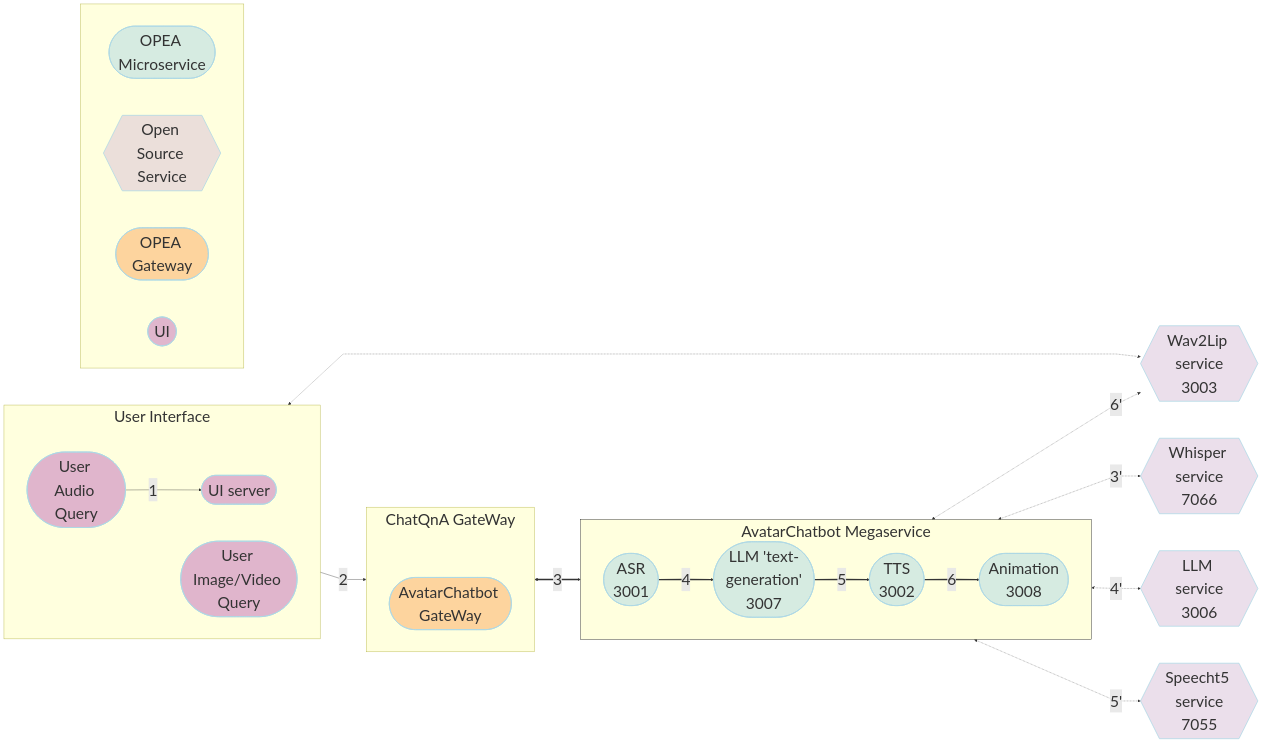
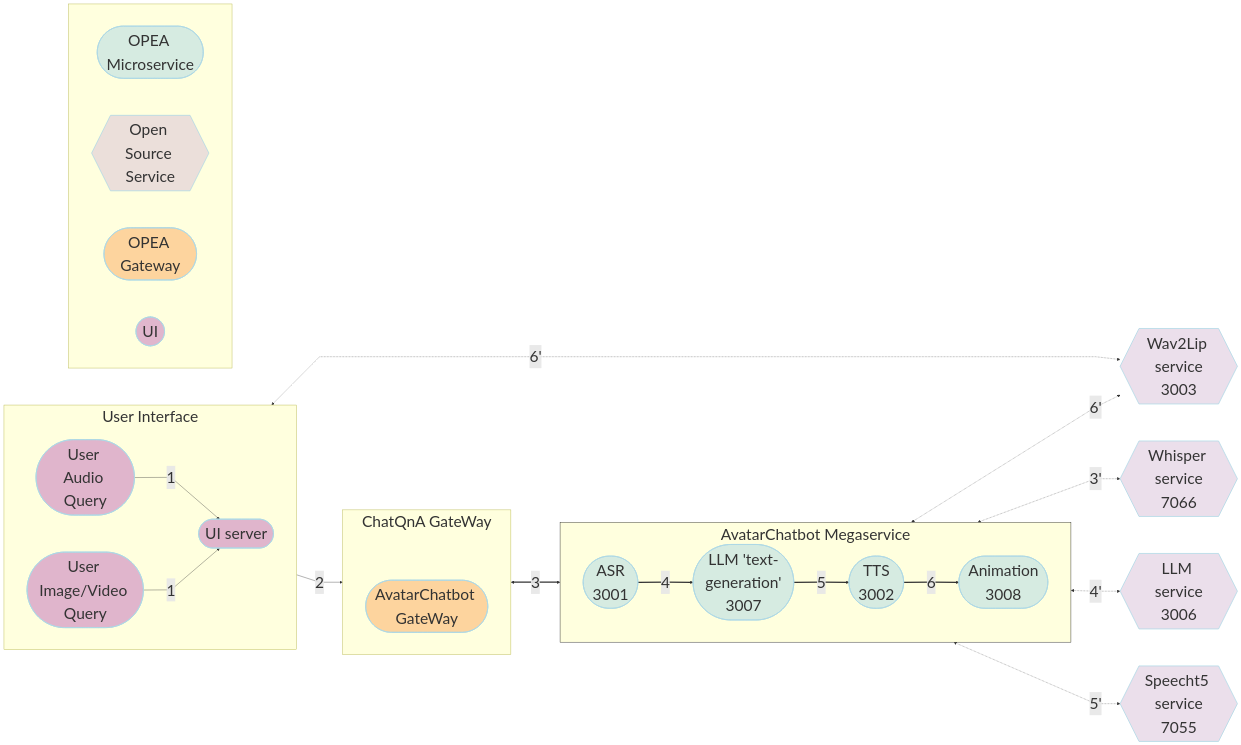
Before and after one commit to opea-project/docs: the second of 2 diagrams in community/rfcs/24-08-02-OPEA-AIAvatarChatbot.md, drawn with Mermaid.

````diff
--- a/community/rfcs/24-08-02-OPEA-AIAvatarChatbot.md
+++ b/community/rfcs/24-08-02-OPEA-AIAvatarChatbot.md
@@ -109,68 +109,69 @@
 ```mermaid
 ---
 config:
   flowchart:
     nodeSpacing: 100
     rankSpacing: 100
     curve: linear
   themeVariables:
     fontSize: 42px
 ---
 flowchart LR
     %% Colors %%
     classDef blue fill:#ADD8E6,stroke:#ADD8E6,stroke-width:2px,fill-opacity:0.5
     classDef thistle fill:#D8BFD8,stroke:#ADD8E6,stroke-width:2px,fill-opacity:0.5
     classDef orange fill:#FBAA60,stroke:#ADD8E6,stroke-width:2px,fill-opacity:0.5
     classDef orchid fill:#C26DBC,stroke:#ADD8E6,stroke-width:2px,fill-opacity:0.5
     classDef invisible fill:transparent,stroke:transparent;
     style AvatarChatbot-Megaservice stroke:#000000
 
     %% Subgraphs %%    
     subgraph AvatarChatbot-Megaservice["AvatarChatbot Megaservice"]
         direction LR
         ASR([ASR<br>3001]):::blue
         LLM([LLM 'text-generation'<br>3007]):::blue
         TTS([TTS<br>3002]):::blue
         animation([Animation<br>3008]):::blue
     end
     subgraph UserInterface["User Interface"]
         direction LR
         invis1[ ]:::invisible
         USER1([User Audio Query]):::orchid
         USER2([User Image/Video Query]):::orchid
         UI([UI server<br>]):::orchid
     end
     subgraph ChatQnA GateWay
         direction LR
         invis2[ ]:::invisible
         GW([AvatarChatbot GateWay<br>]):::orange
     end
     subgraph  
         direction LR
         X([OPEA Microservice]):::blue
         Y{{Open Source Service}}:::thistle
         Z([OPEA Gateway]):::orange
         Z1([UI]):::orchid
     end
 
     %% Services %%    
     WHISPER{{Whisper service<br>7066}}:::thistle
     TGI{{LLM service<br>3006}}:::thistle
     T5{{Speecht5 service<br>7055}}:::thistle
     WAV2LIP{{Wav2Lip service<br>3003}}:::thistle
 
     %% Connections %%
     direction LR
     USER1 -->|1| UI
     UI -->|2| GW
     GW <==>|3| AvatarChatbot-Megaservice
     ASR ==>|4| LLM ==>|5| TTS ==>|6| animation
 
     direction TB
     ASR <-.->|3'| WHISPER
     LLM <-.->|4'| TGI
     TTS <-.->|5'| T5
     animation <-.->|6'| WAV2LIP
 
-    USER2 <-.-> WAV2LIP
+    USER2 -->|1| UI
+    UI <-.->|6'| WAV2LIP
 ```
````
